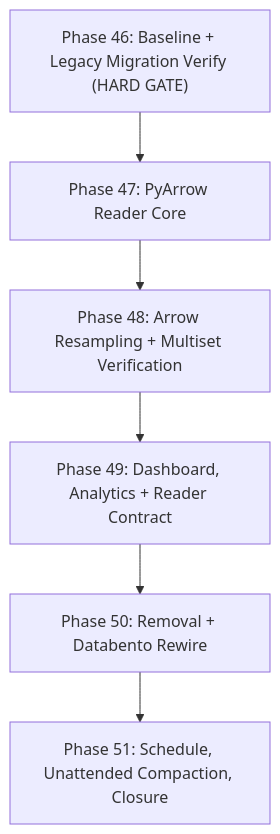
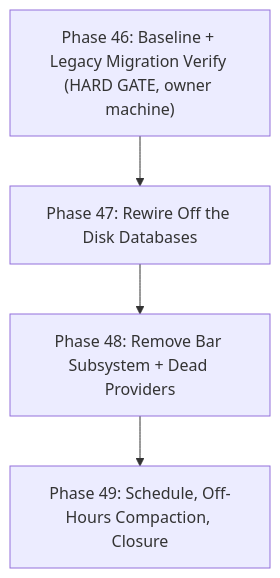
One commit to emadprograms/data-harvester changed the diagram in .planning/ROADMAP.md. Above: the diagram before and after it, drawn with Mermaid. The commit also changed other lines of this file and 4 other files, not shown here.

````diff
--- a/.planning/ROADMAP.md
+++ b/.planning/ROADMAP.md
@@ -128,8 +130,6 @@
 ```mermaid
 flowchart TD
-    P46["Phase 46: Baseline + Legacy Migration Verify (HARD GATE)"] --> P47["Phase 47: PyArrow Reader Core"]
-    P47 --> P48["Phase 48: Arrow Resampling + Multiset Verification"]
-    P48 --> P49["Phase 49: Dashboard, Analytics + Reader Contract"]
-    P49 --> P50["Phase 50: Removal + Databento Rewire"]
-    P50 --> P51["Phase 51: Schedule, Unattended Compaction, Closure"]
+    P46["Phase 46: Baseline + Legacy Migration Verify (HARD GATE, owner machine)"] --> P47["Phase 47: Rewire Off the Disk Databases"]
+    P47 --> P48["Phase 48: Remove Bar Subsystem + Dead Providers"]
+    P48 --> P49["Phase 49: Schedule, Off-Hours Compaction, Closure"]
 ```
````
